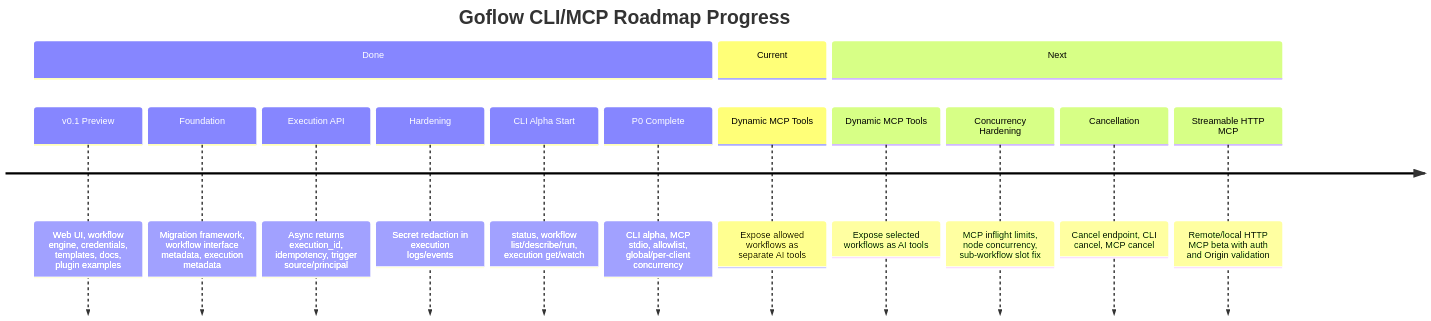
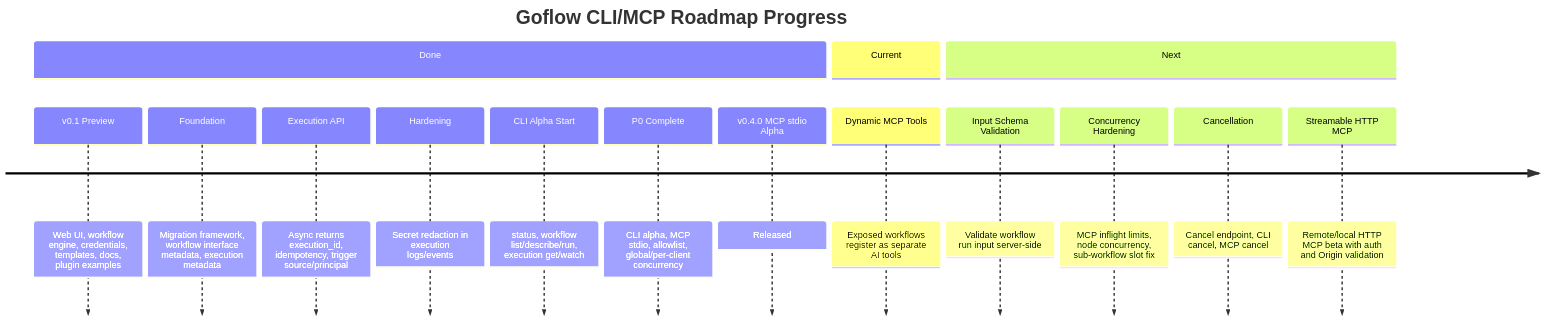
Before and after one commit to hstptcn5/Goflow: the first of 2 diagrams in ROADMAP_PROGRESS.md, drawn with Mermaid. The commit also changed other lines of this file and 5 other files, not shown here.

First line of the commit message:
Implement dynamic MCP workflow tools

````diff
--- a/ROADMAP_PROGRESS.md
+++ b/ROADMAP_PROGRESS.md
@@ -7,21 +7,22 @@
 ```mermaid
 timeline
     title Goflow CLI/MCP Roadmap Progress
 
     section Done
       v0.1 Preview : Web UI, workflow engine, credentials, templates, docs, plugin examples
       Foundation : Migration framework, workflow interface metadata, execution metadata
       Execution API : Async returns execution_id, idempotency, trigger source/principal
       Hardening : Secret redaction in execution logs/events
       CLI Alpha Start : status, workflow list/describe/run, execution get/watch
       P0 Complete : CLI alpha, MCP stdio, allowlist, global/per-client concurrency
+      v0.4.0 MCP stdio Alpha : Released
 
     section Current
-      Dynamic MCP Tools : Expose allowed workflows as separate AI tools
+      Dynamic MCP Tools : Exposed workflows register as separate AI tools
 
     section Next
-      Dynamic MCP Tools : Expose selected workflows as AI tools
+      Input Schema Validation : Validate workflow run input server-side
       Concurrency Hardening : MCP inflight limits, node concurrency, sub-workflow slot fix
       Cancellation : Cancel endpoint, CLI cancel, MCP cancel
       Streamable HTTP MCP : Remote/local HTTP MCP beta with auth and Origin validation
 ```
````
